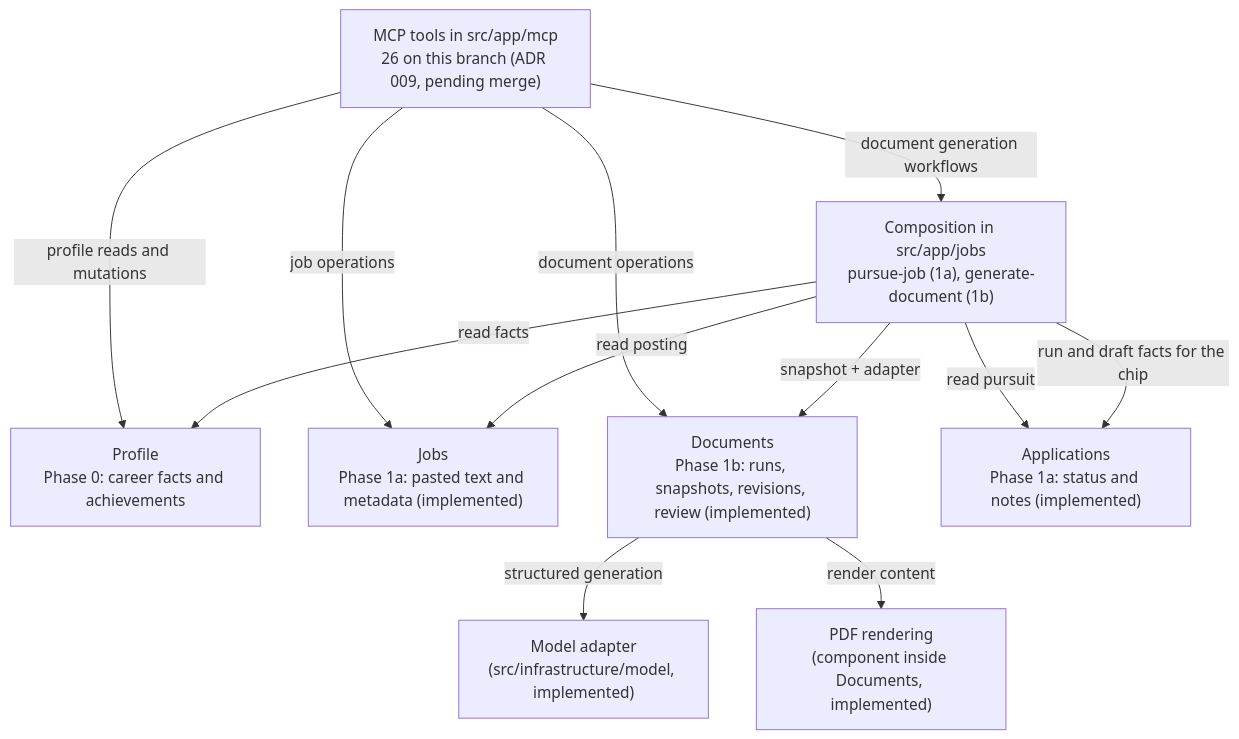
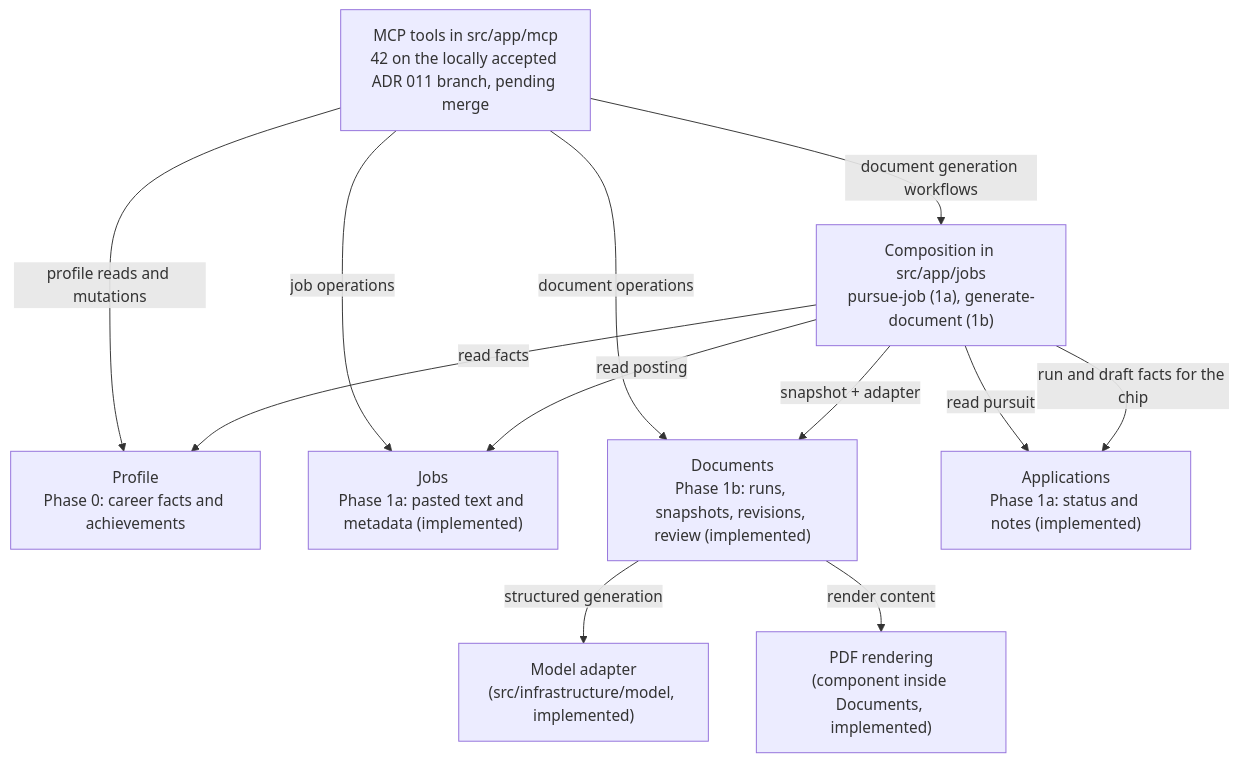
The second of 2 diagrams in docs/03-system-and-modules.md (3333444n/landed), drawn with Mermaid before and after one commit. The commit also changed other lines of this file and 14 other files, not shown here.

````diff
--- a/docs/03-system-and-modules.md
+++ b/docs/03-system-and-modules.md
@@ -39,22 +39,22 @@
 ```mermaid
 flowchart TB
   model["Model adapter<br/>(src/infrastructure/model, implemented)"]
   pdf["PDF rendering<br/>(component inside Documents, implemented)"]
   profile["Profile<br/>Phase 0: career facts and achievements"]
   jobs["Jobs<br/>Phase 1a: pasted text and metadata (implemented)"]
   documents["Documents<br/>Phase 1b: runs, snapshots, revisions, review (implemented)"]
   applications["Applications<br/>Phase 1a: status and notes (implemented)"]
   compose["Composition in src/app/jobs<br/>pursue-job (1a), generate-document (1b)"]
-  mcp["MCP tools in src/app/mcp<br/>26 on this branch (ADR 009, pending merge)"]
+  mcp["MCP tools in src/app/mcp<br/>42 on the locally accepted ADR 011 branch, pending merge"]
   mcp -->|"profile reads and mutations"| profile
   mcp -->|"document generation workflows"| compose
   mcp -->|"job operations"| jobs
   mcp -->|"document operations"| documents
   compose -->|"read facts"| profile
   compose -->|"read posting"| jobs
   compose -->|"read pursuit"| applications
   compose -->|"snapshot + adapter"| documents
   documents -->|"structured generation"| model
   documents -->|"render content"| pdf
   compose -->|"run and draft facts for the chip"| applications
 ```
````
